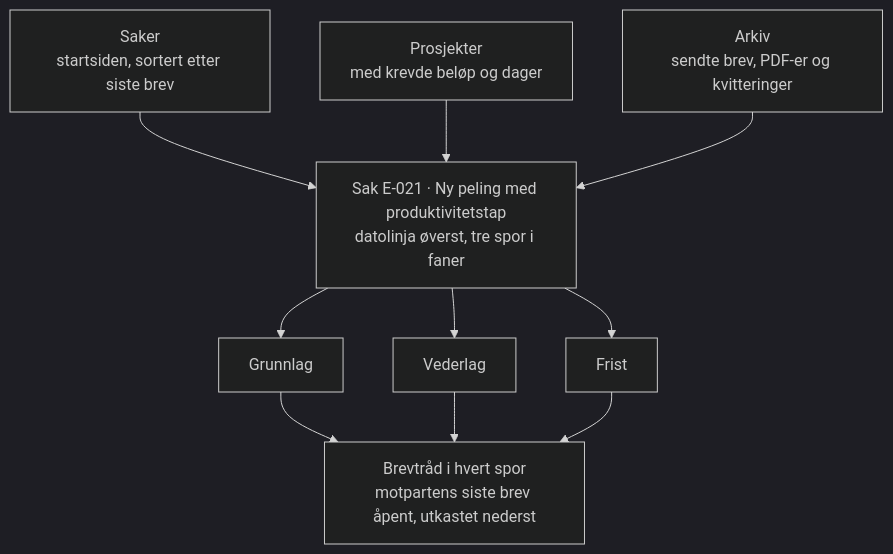
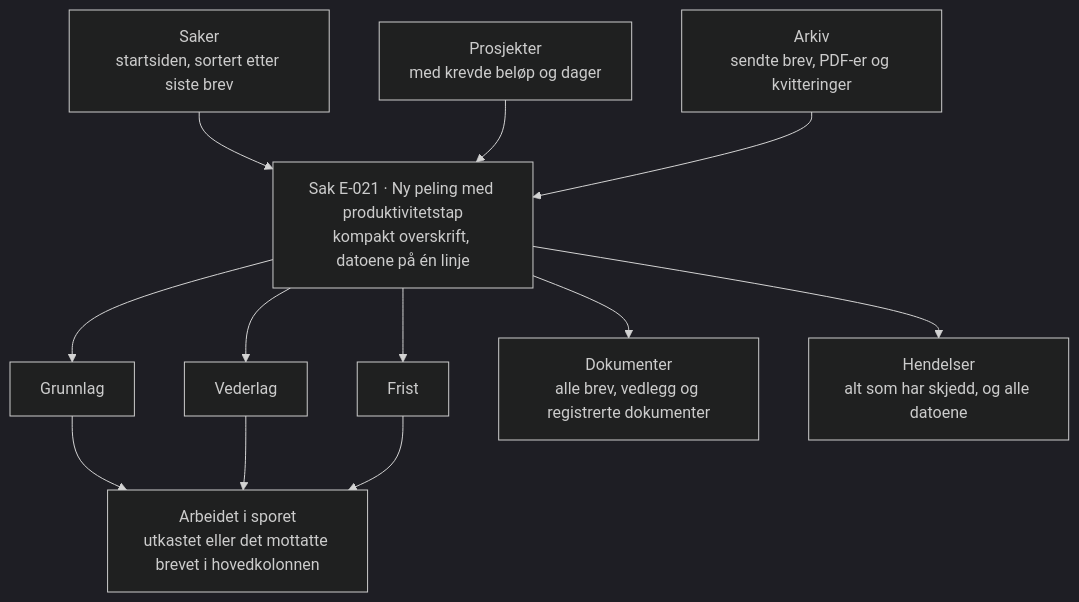
The diagram in docs/design/konsept-varden/README.md (khjohns/endringsmeldinger), drawn with Mermaid (dark theme) before and after one commit. The commit also changed other lines of this file and 17 other files, not shown here.

First line of the commit message:
gi arbeidet plassen og legg til dokumenter og hendelser i Varden

````diff
--- a/docs/design/konsept-varden/README.md
+++ b/docs/design/konsept-varden/README.md
@@ -91,12 +96,14 @@
 ```mermaid
 flowchart TD
   saker["Saker<br>startsiden, sortert etter siste brev"] --> sak
   prosjekter["Prosjekter<br>med krevde beløp og dager"] --> sak
   arkiv["Arkiv<br>sendte brev, PDF-er og kvitteringer"] --> sak
-  sak["Sak E-021 · Ny peling med produktivitetstap<br>datolinja øverst, tre spor i faner"] --> grunnlag["Grunnlag"]
+  sak["Sak E-021 · Ny peling med produktivitetstap<br>kompakt overskrift, datoene på én linje"] --> grunnlag["Grunnlag"]
   sak --> vederlag["Vederlag"]
   sak --> frist["Frist"]
-  grunnlag --> brev["Brevtråd i hvert spor<br>motpartens siste brev åpent, utkastet nederst"]
-  vederlag --> brev
-  frist --> brev
+  sak --> dokumenter["Dokumenter<br>alle brev, vedlegg og registrerte dokumenter"]
+  sak --> hendelser["Hendelser<br>alt som har skjedd, og alle datoene"]
+  grunnlag --> arbeid["Arbeidet i sporet<br>utkastet eller det mottatte brevet i hovedkolonnen"]
+  vederlag --> arbeid
+  frist --> arbeid
 ```
````
